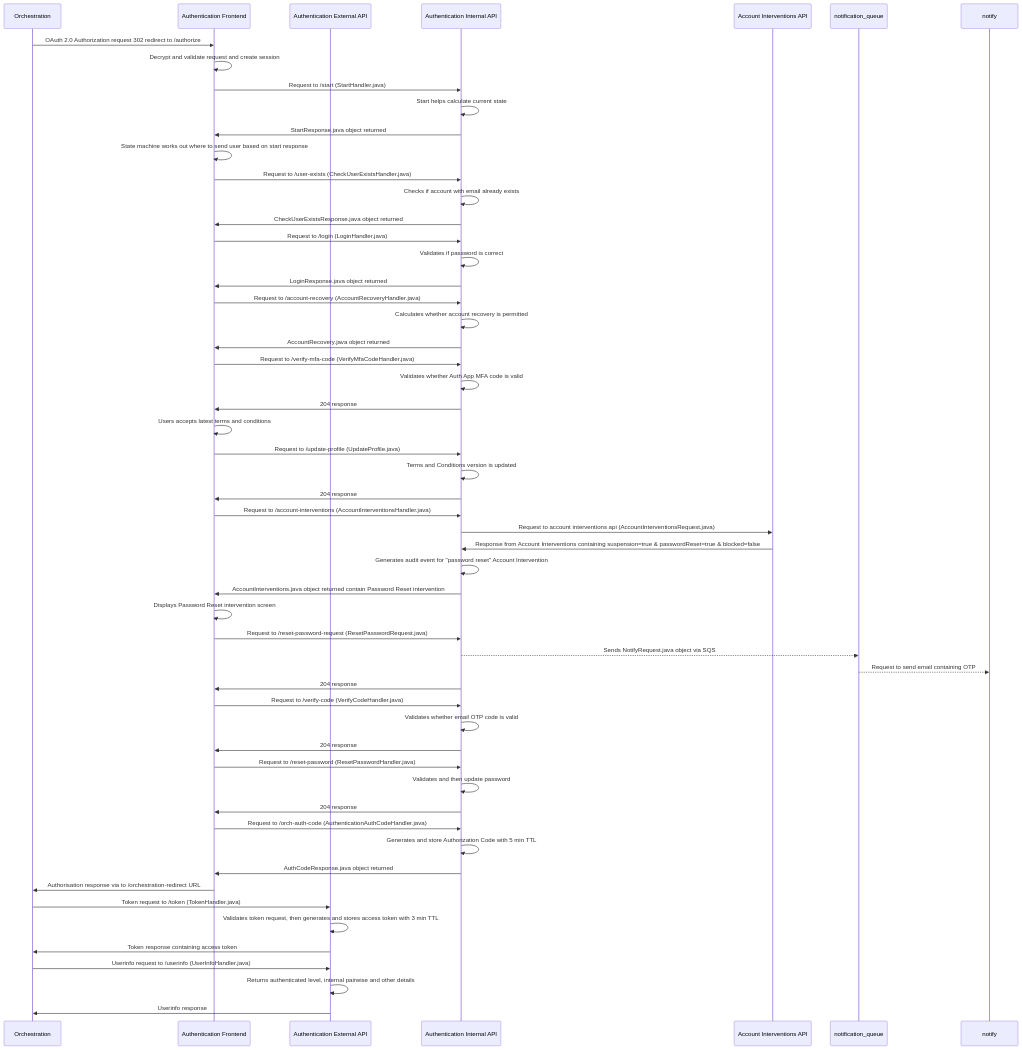
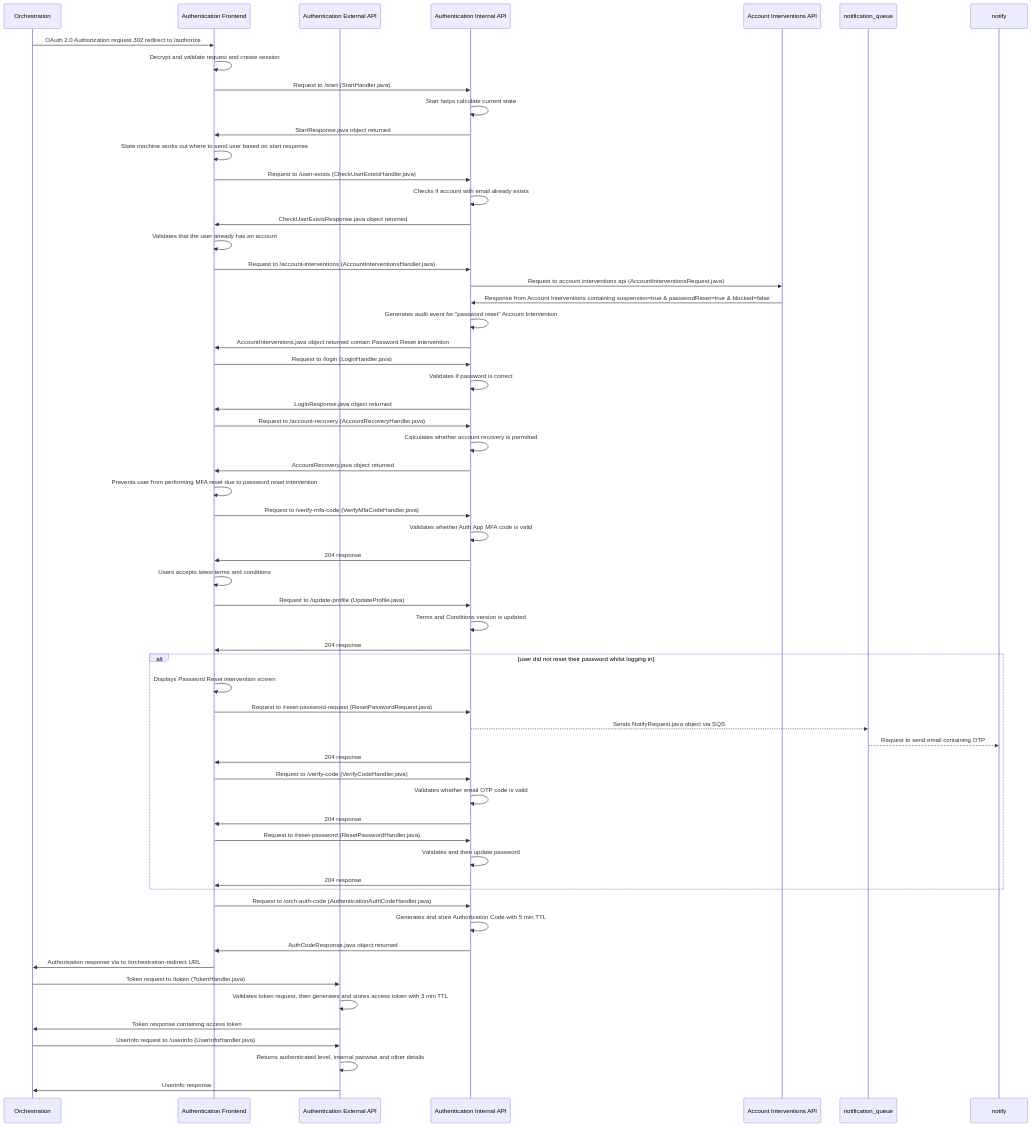
Before and after one commit to govuk-one-login/authentication-api: the diagram in docs/diagrams/authentication/login/account-interventions/medium-terms-and-conditions-auth-app/login-terms-medium-level-auth-app-password-reset-intervention.mmd, drawn with Mermaid. The commit also changed 28 other files, not shown here.

First line of the commit message:
BAU - Update interventions diagram

```diff
--- a/docs/diagrams/authentication/login/account-interventions/medium-terms-and-conditions-auth-app/login-terms-medium-level-auth-app-password-reset-intervention.mmd
+++ b/docs/diagrams/authentication/login/account-interventions/medium-terms-and-conditions-auth-app/login-terms-medium-level-auth-app-password-reset-intervention.mmd
@@ -1,54 +1,58 @@
 sequenceDiagram
     participant orch_api as Orchestration
     participant auth_frontend as Authentication Frontend
     participant auth_external_api as Authentication External API
     participant auth_internal_api as Authentication Internal API 
     participant account_interventions as Account Interventions API   
     orch_api ->> auth_frontend : OAuth 2.0 Authorization request 302 redirect to /authorize
     auth_frontend ->> auth_frontend : Decrypt and validate request and create session    
     auth_frontend ->> auth_internal_api : Request to /start (StartHandler.java)
     auth_internal_api ->> auth_internal_api : Start helps calculate current state
     auth_internal_api ->> auth_frontend : StartResponse.java object returned
     auth_frontend ->> auth_frontend : State machine works out where to send user based on start response
     auth_frontend ->> auth_internal_api : Request to /user-exists (CheckUserExistsHandler.java)
     auth_internal_api ->> auth_internal_api : Checks if account with email already exists
     auth_internal_api ->> auth_frontend: CheckUserExistsResponse.java object returned
+    auth_frontend ->> auth_frontend: Validates that the user already has an account
+    auth_frontend ->> auth_internal_api : Request to /account-interventions (AccountInterventionsHandler.java)
+    auth_internal_api ->> account_interventions : Request to account interventions api (AccountInterventionsRequest.java)
+    account_interventions ->> auth_internal_api : Response from Account Interventions containing suspension=true & passwordReset=true & blocked=false
+    auth_internal_api ->> auth_internal_api : Generates audit event for "password reset" Account Intervention
+    auth_internal_api ->> auth_frontend: AccountInterventions.java object returned contain Password Reset intervention
     auth_frontend ->> auth_internal_api : Request to /login (LoginHandler.java)
     auth_internal_api ->> auth_internal_api : Validates if password is correct
     auth_internal_api ->> auth_frontend: LoginResponse.java object returned
     auth_frontend ->> auth_internal_api : Request to /account-recovery (AccountRecoveryHandler.java)
     auth_internal_api ->> auth_internal_api : Calculates whether account recovery is permitted
     auth_internal_api ->> auth_frontend: AccountRecovery.java object returned
+    auth_frontend ->> auth_frontend : Prevents user from performing MFA reset due to password reset intervention
     auth_frontend ->> auth_internal_api : Request to /verify-mfa-code (VerifyMfaCodeHandler.java)
     auth_internal_api ->> auth_internal_api : Validates whether Auth App MFA code is valid
     auth_internal_api ->> auth_frontend: 204 response 
     auth_frontend ->> auth_frontend: Users accepts latest terms and conditions
     auth_frontend ->> auth_internal_api : Request to /update-profile (UpdateProfile.java)
     auth_internal_api ->> auth_internal_api : Terms and Conditions version is updated
     auth_internal_api ->> auth_frontend: 204 response
-    auth_frontend ->> auth_internal_api : Request to /account-interventions (AccountInterventionsHandler.java)
-    auth_internal_api ->> account_interventions : Request to account interventions api (AccountInterventionsRequest.java)
-    account_interventions ->> auth_internal_api : Response from Account Interventions containing suspension=true & passwordReset=true & blocked=false
-    auth_internal_api ->> auth_internal_api : Generates audit event for "password reset" Account Intervention
-    auth_internal_api ->> auth_frontend: AccountInterventions.java object returned contain Password Reset intervention
-    auth_frontend ->> auth_frontend : Displays Password Reset intervention screen
-    auth_frontend ->> auth_internal_api : Request to /reset-password-request (ResetPasswordRequest.java)
-    auth_internal_api -->> notification_queue : Sends NotifyRequest.java object via SQS
-    notification_queue -->> notify : Request to send email containing OTP 
-    auth_internal_api ->> auth_frontend: 204 response
-    auth_frontend ->> auth_internal_api : Request to /verify-code (VerifyCodeHandler.java)
-    auth_internal_api ->> auth_internal_api : Validates whether email OTP code is valid
-    auth_internal_api ->> auth_frontend: 204 response
-    auth_frontend ->> auth_internal_api : Request to /reset-password (ResetPasswordHandler.java)
-    auth_internal_api ->> auth_internal_api : Validates and then update password
-    auth_internal_api ->> auth_frontend: 204 response
+    alt user did not reset their password whilst logging in
+        auth_frontend ->> auth_frontend : Displays Password Reset intervention screen
+        auth_frontend ->> auth_internal_api : Request to /reset-password-request (ResetPasswordRequest.java)
+        auth_internal_api -->> notification_queue : Sends NotifyRequest.java object via SQS
+        notification_queue -->> notify : Request to send email containing OTP 
+        auth_internal_api ->> auth_frontend: 204 response
+        auth_frontend ->> auth_internal_api : Request to /verify-code (VerifyCodeHandler.java)
+        auth_internal_api ->> auth_internal_api : Validates whether email OTP code is valid
+        auth_internal_api ->> auth_frontend: 204 response
+        auth_frontend ->> auth_internal_api : Request to /reset-password (ResetPasswordHandler.java)
+        auth_internal_api ->> auth_internal_api : Validates and then update password
+        auth_internal_api ->> auth_frontend: 204 response
+    end
     auth_frontend ->> auth_internal_api : Request to /orch-auth-code (AuthenticationAuthCodeHandler.java)
     auth_internal_api ->> auth_internal_api : Generates and store Authorization Code with 5 min TTL
     auth_internal_api ->> auth_frontend: AuthCodeResponse.java object returned
     auth_frontend ->> orch_api : Authorisation response via to /orchestration-redirect URL
     orch_api ->> auth_external_api: Token request to /token (TokenHandler.java)
     auth_external_api ->> auth_external_api : Validates token request, then generates and stores access token with 3 min TTL
     auth_external_api ->> orch_api : Token response containing access token
     orch_api ->> auth_external_api: Userinfo request to /userinfo (UserInfoHandler.java)
     auth_external_api ->> auth_external_api: Returns authenticated level, internal pairwise and other details
     auth_external_api ->> orch_api : Userinfo response
```
